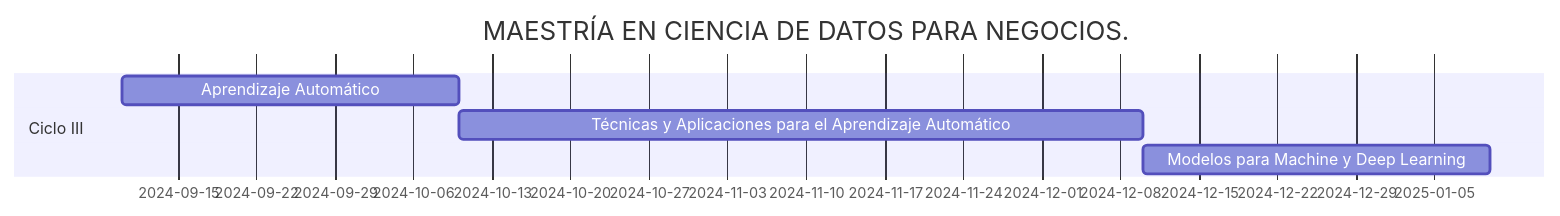
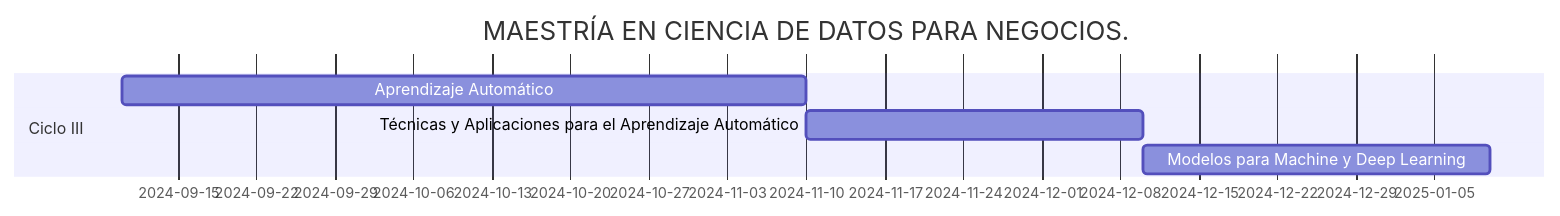
The third of 4 diagrams in README.md (FernandoAleisy/Maestria_Ciencia_Datos_Negocios), drawn with Mermaid before and after one commit. The commit also changed other lines of this file, not shown here.

````diff
--- a/README.md
+++ b/README.md
@@ -68,9 +68,9 @@
 ```mermaid
 gantt
     title MAESTRÍA EN CIENCIA DE DATOS PARA NEGOCIOS.
     dateFormat  DD-MM-YYYY
     section Ciclo III
-    Aprendizaje Automático : a1, 10-09-2024, 1M
-    Técnicas y Aplicaciones para el Aprendizaje Automático : a2, 10-10-2024, 2M
+    Aprendizaje Automático : a1, 10-09-2024, 2M
+    Técnicas y Aplicaciones para el Aprendizaje Automático : a2, 10-11-2024, 1M
     Modelos para Machine y Deep Learning : a3, 10-12-2024, 1M
 ```
````
